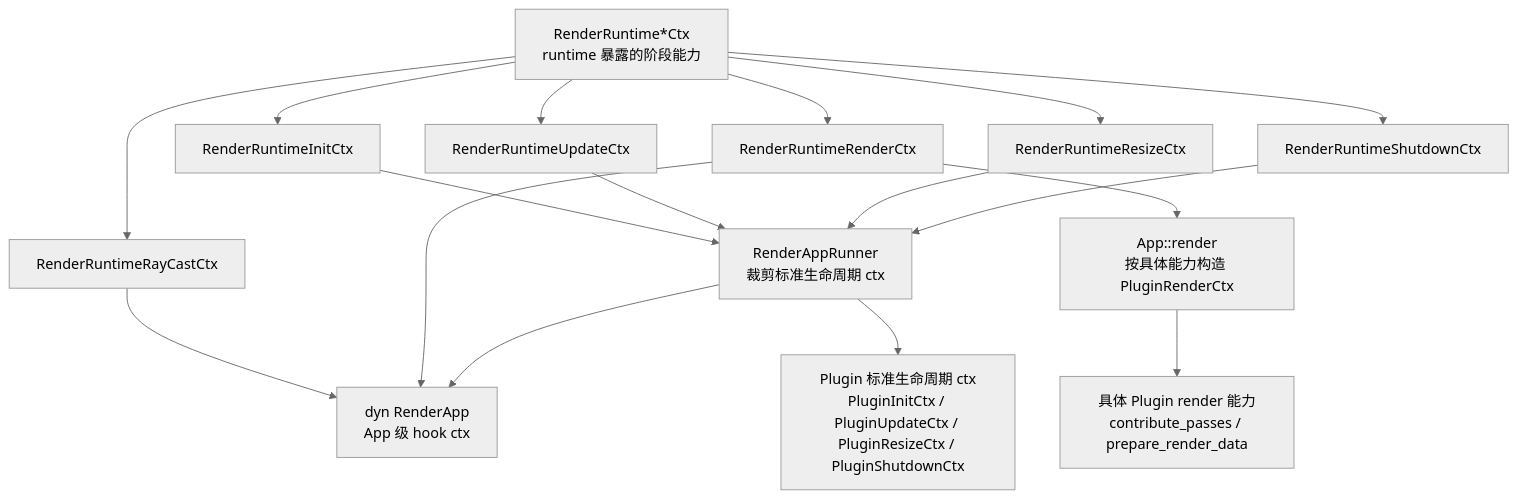
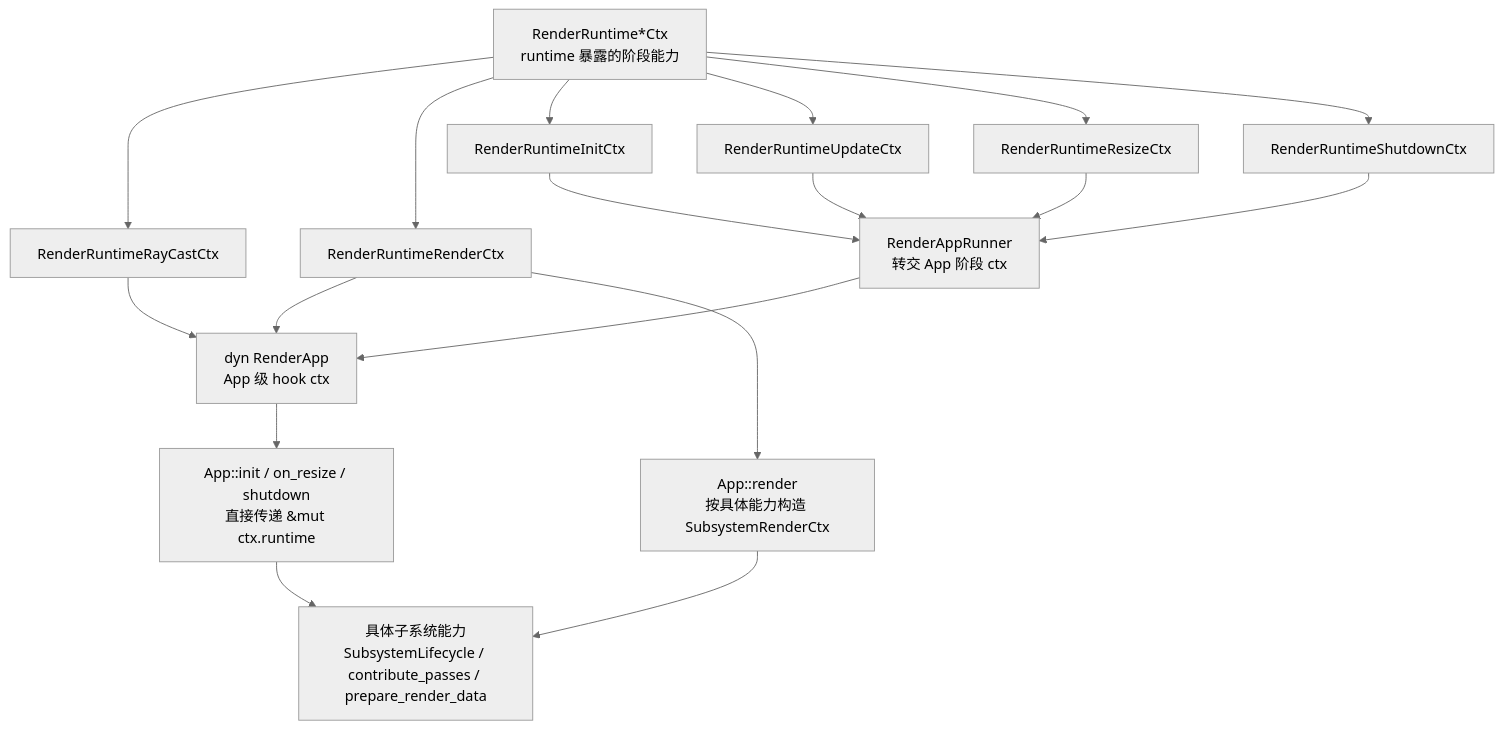
Before and after one commit to acccoco/TruvisRenderer: the fifth of 5 diagrams in docs/summaries/frame-lifecycle.md, drawn with Mermaid (neutral theme). The commit also changed other lines of this file and 50 other files, not shown here.

Commit message:
[refactor/app] 使用 SubsystemLifecycle 重构 App 子系统架构

````diff
--- a/docs/summaries/frame-lifecycle.md
+++ b/docs/summaries/frame-lifecycle.md
@@ -145,30 +143,30 @@
 ```mermaid
 flowchart TB
     RuntimeCtx["RenderRuntime*Ctx<br/>runtime 暴露的阶段能力"]
     InitCtx["RenderRuntimeInitCtx"]
     UpdateCtx["RenderRuntimeUpdateCtx"]
     RayCtx["RenderRuntimeRayCastCtx"]
     RenderCtx["RenderRuntimeRenderCtx"]
     ResizeCtx["RenderRuntimeResizeCtx"]
     ShutdownCtx["RenderRuntimeShutdownCtx"]
     RuntimeCtx --> InitCtx
     RuntimeCtx --> UpdateCtx
     RuntimeCtx --> RayCtx
     RuntimeCtx --> RenderCtx
     RuntimeCtx --> ResizeCtx
     RuntimeCtx --> ShutdownCtx
-    Runner["RenderAppRunner<br/>裁剪标准生命周期 ctx"]
+    Runner["RenderAppRunner<br/>转交 App 阶段 ctx"]
     AppHooks["dyn RenderApp<br/>App 级 hook ctx"]
-    PluginStd["Plugin 标准生命周期 ctx<br/>PluginInitCtx / PluginUpdateCtx / PluginResizeCtx / PluginShutdownCtx"]
-    AppRender["App::render<br/>按具体能力构造 PluginRenderCtx"]
-    PluginRender["具体 Plugin render 能力<br/>contribute_passes / prepare_render_data"]
+    AppLifecycle["App::init / on_resize / shutdown<br/>直接传递 &mut ctx.runtime"]
+    AppRender["App::render<br/>按具体能力构造 SubsystemRenderCtx"]
+    Subsystem["具体子系统能力<br/>SubsystemLifecycle / contribute_passes / prepare_render_data"]
     InitCtx --> Runner
     UpdateCtx --> Runner
     ResizeCtx --> Runner
     ShutdownCtx --> Runner
     RayCtx --> AppHooks
     RenderCtx --> AppHooks
     Runner --> AppHooks
-    Runner --> PluginStd
-    RenderCtx --> AppRender --> PluginRender
+    AppHooks --> AppLifecycle --> Subsystem
+    RenderCtx --> AppRender --> Subsystem
 ```
````
